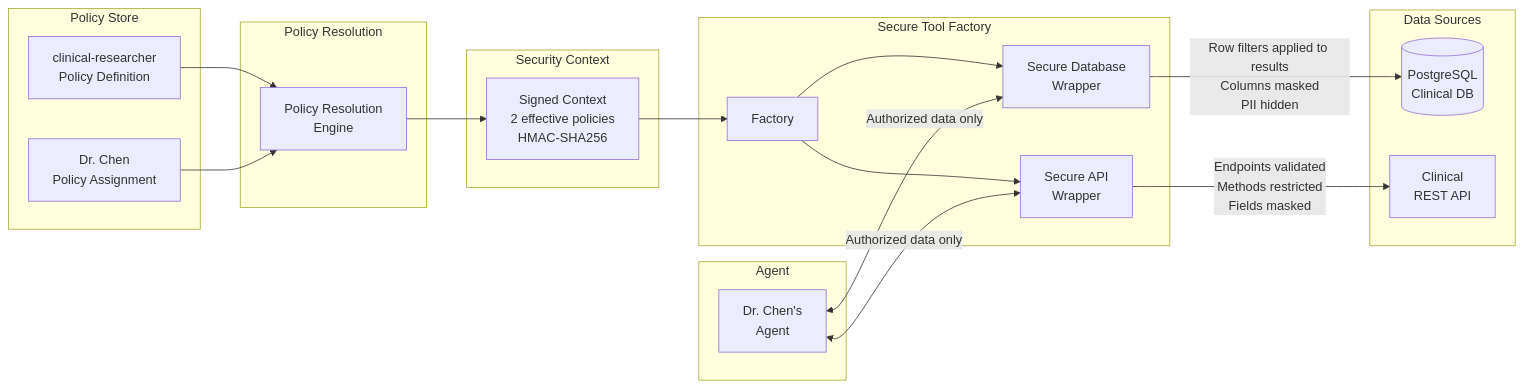
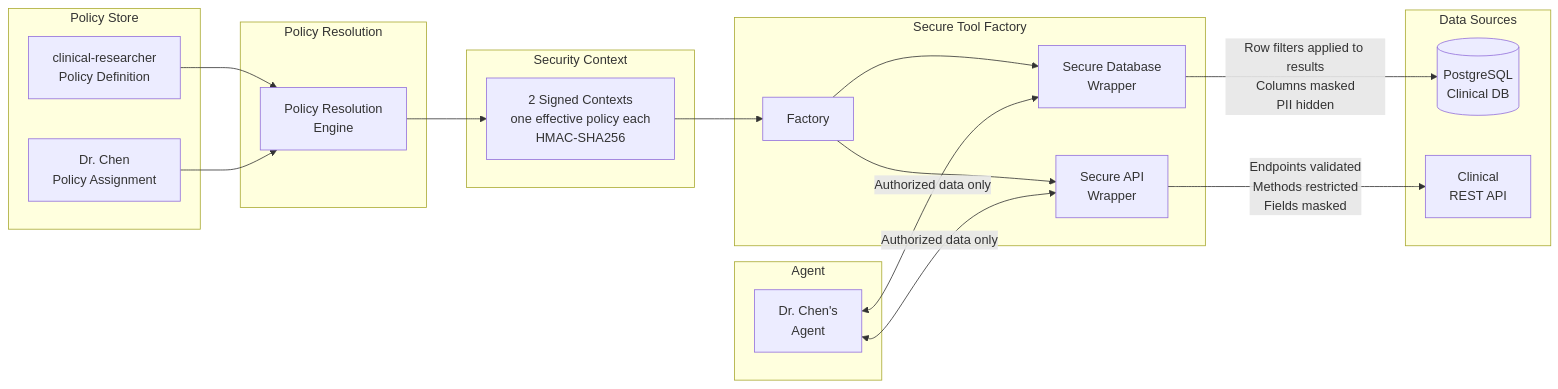
One commit to awslabs/tolap changed diagram 12 of 12 in docs/architecture.md. Above: the diagram before and after it, drawn with Mermaid. The commit also changed other lines of this file and 191 other files, not shown here.

````diff
--- a/docs/architecture.md
+++ b/docs/architecture.md
@@ -1182,41 +1336,41 @@
 ```mermaid
 flowchart LR
     subgraph Policy Store
         PD[clinical-researcher<br/>Policy Definition]
         PA[Dr. Chen<br/>Policy Assignment]
     end
 
     subgraph Policy Resolution
         PRE[Policy Resolution<br/>Engine]
     end
 
     subgraph Security Context
-        SC[Signed Context<br/>2 effective policies<br/>HMAC-SHA256]
+        SC[2 Signed Contexts<br/>one effective policy each<br/>HMAC-SHA256]
     end
 
     subgraph Secure Tool Factory
         F[Factory]
         DBW[Secure Database<br/>Wrapper]
         APIW[Secure API<br/>Wrapper]
     end
 
     subgraph Data Sources
         PG[(PostgreSQL<br/>Clinical DB)]
         API[Clinical<br/>REST API]
     end
 
     subgraph Agent
         AG[Dr. Chen's<br/>Agent]
     end
 
     PD --> PRE
     PA --> PRE
     PRE --> SC
     SC --> F
     F --> DBW
     F --> APIW
     DBW -->|Row filters applied to results<br/>Columns masked<br/>PII hidden| PG
     APIW -->|Endpoints validated<br/>Methods restricted<br/>Fields masked| API
     AG <-->|Authorized data only| DBW
     AG <-->|Authorized data only| APIW
 ```
````
